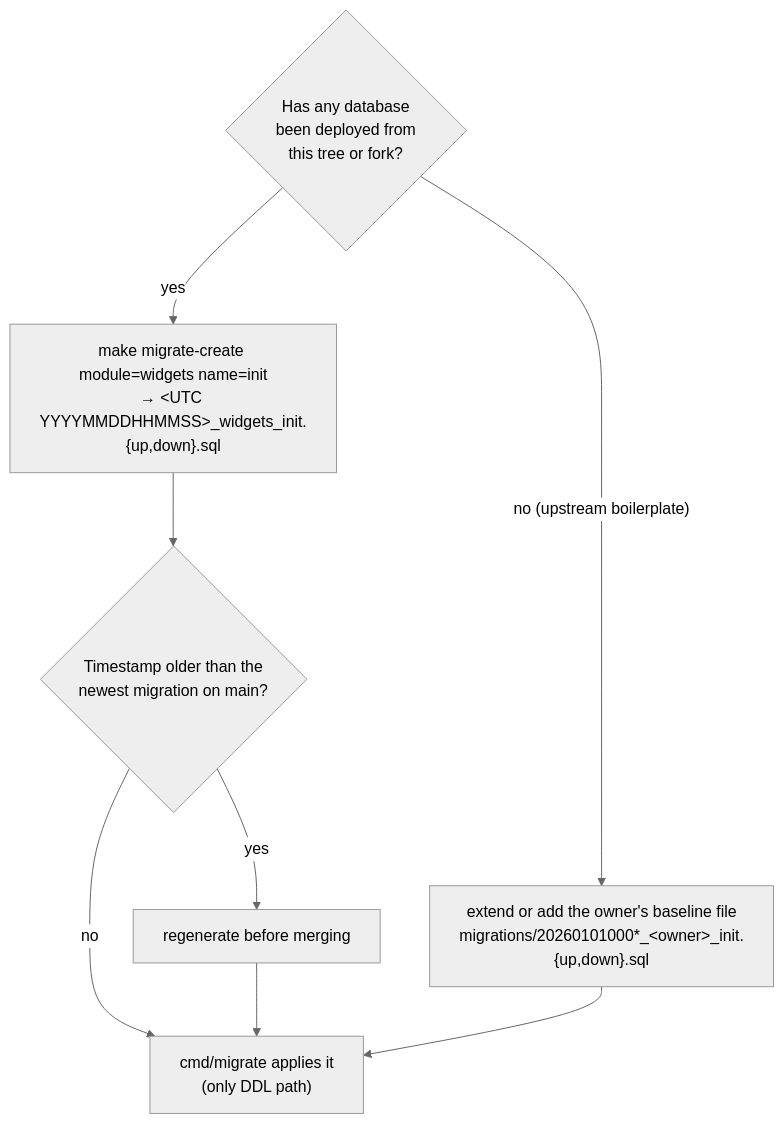
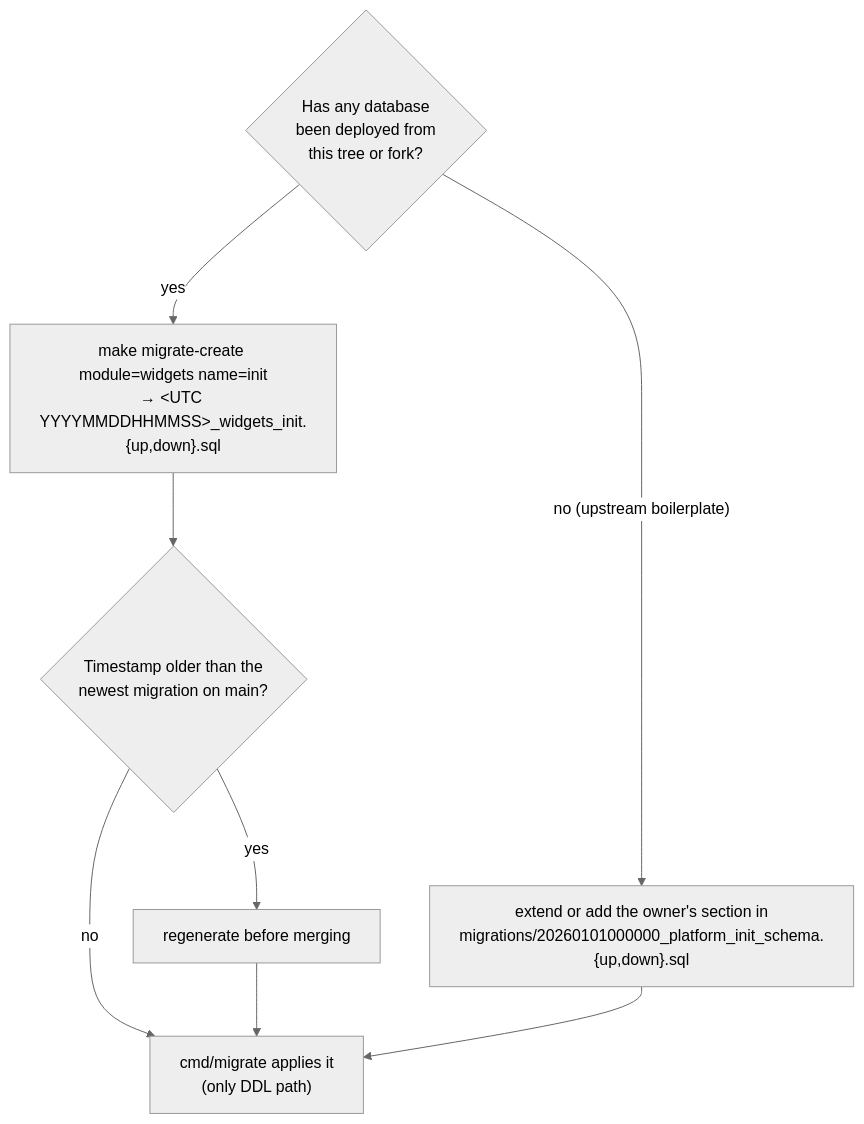
Before and after one commit to chuanghiduoc/fiber-golang-boilerplate: the fourth of 6 diagrams in docs/module-template.md, drawn with Mermaid (neutral theme). The commit also changed other lines of this file and 48 other files, not shown here.

First line of the commit message:
refactor(migrations): single init schema with owner sections (ADR 0012)

````diff
--- a/docs/module-template.md
+++ b/docs/module-template.md
@@ -541,11 +541,11 @@
 ```mermaid
 flowchart TD
     A{Has any database<br/>been deployed from<br/>this tree or fork?}
-    A -- "no (upstream boilerplate)" --> B["extend or add the owner's baseline file<br/>migrations/20260101000*_&lt;owner&gt;_init.{up,down}.sql"]
+    A -- "no (upstream boilerplate)" --> B["extend or add the owner's section in<br/>migrations/20260101000000_platform_init_schema.{up,down}.sql"]
     A -- yes --> C["make migrate-create module=widgets name=init<br/>→ &lt;UTC YYYYMMDDHHMMSS&gt;_widgets_init.{up,down}.sql"]
     C --> D{Timestamp older than the<br/>newest migration on main?}
     D -- yes --> E[regenerate before merging]
     D -- no --> F["cmd/migrate applies it<br/>(only DDL path)"]
     E --> F
     B --> F
 ```
````
